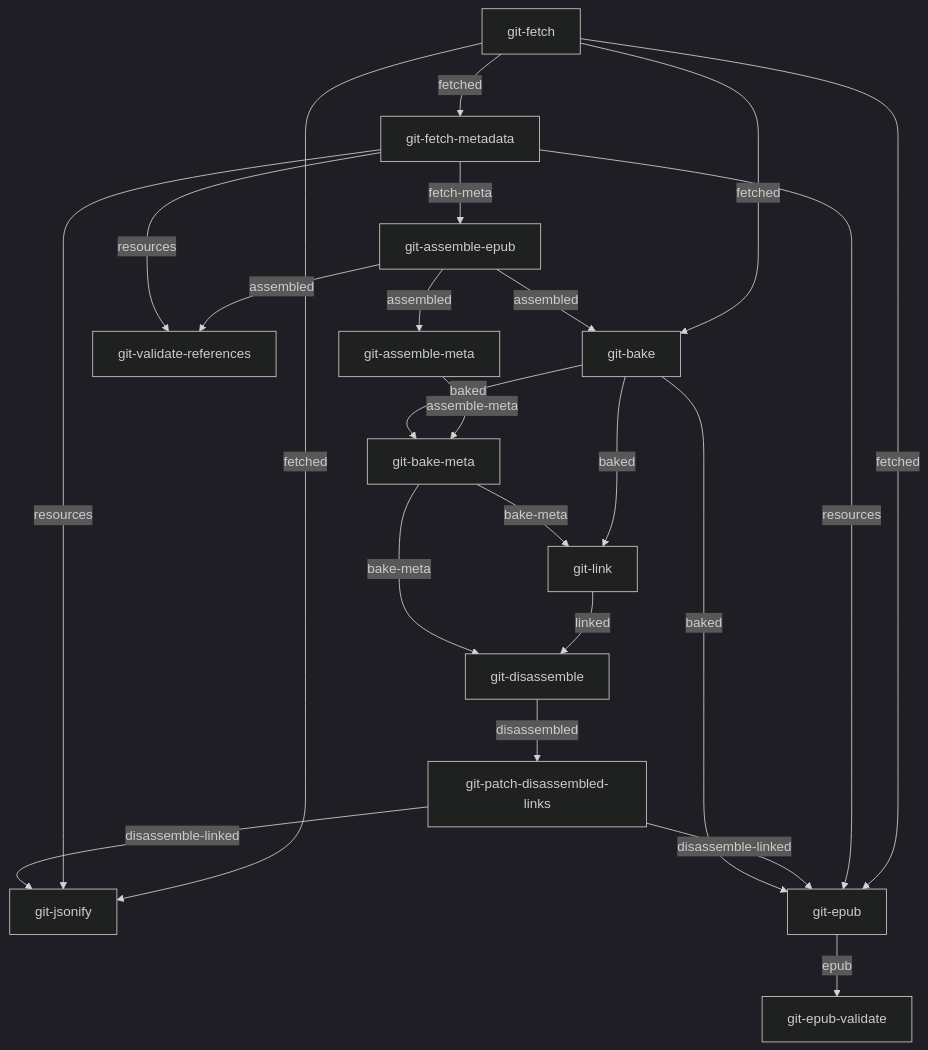
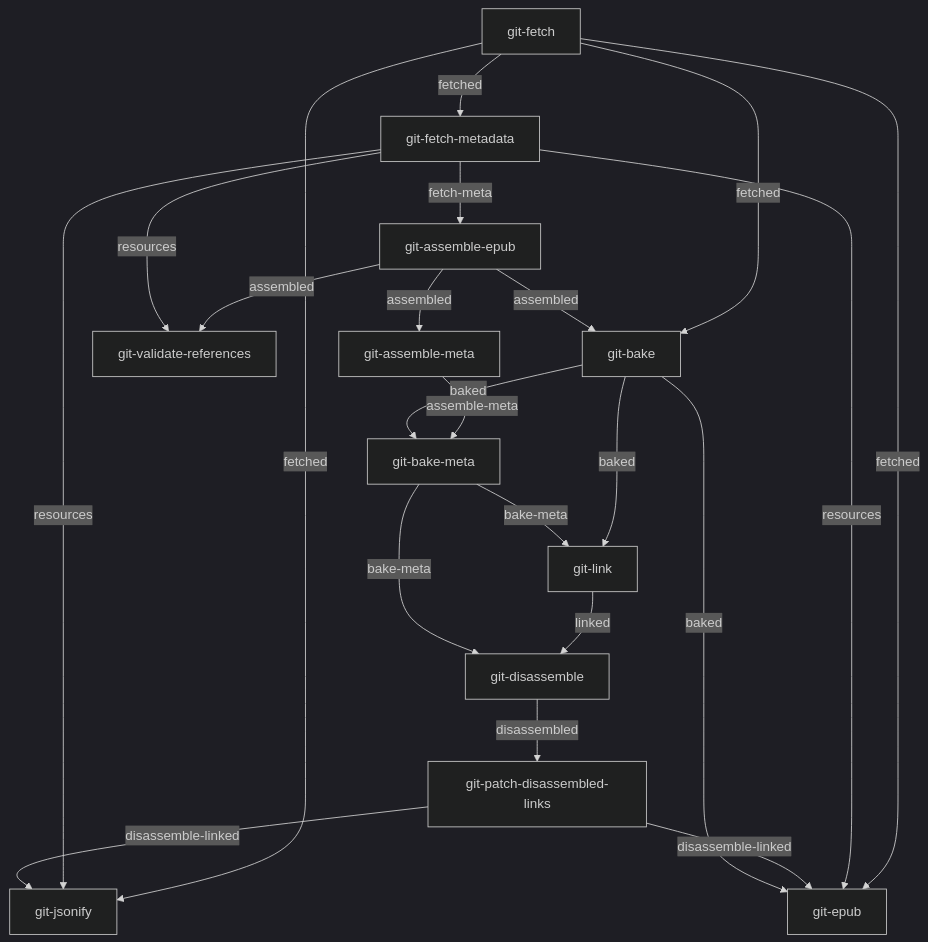
One commit to openstax/enki changed the third of 6 diagrams in build-concourse/graphs/README.md. Above: the diagram before and after it, drawn with Mermaid (dark theme). The commit also changed 2 other files, not shown here.

Commit message:
:skull: temporarily remove EPUB validation

````diff
--- a/build-concourse/graphs/README.md
+++ b/build-concourse/graphs/README.md
@@ -68,25 +68,24 @@
 ```mermaid
 graph TB
     git-fetch -- fetched --> git-fetch-metadata
     git-fetch-metadata -- fetch-meta --> git-assemble-epub
     git-assemble-epub -- assembled --> git-assemble-meta
     git-assemble-epub -- assembled --> git-validate-references
     git-fetch-metadata -- resources --> git-validate-references
     git-fetch -- fetched --> git-bake
     git-assemble-epub -- assembled --> git-bake
     git-assemble-meta -- assemble-meta --> git-bake-meta
     git-bake -- baked --> git-bake-meta
     git-bake -- baked --> git-link
     git-bake-meta -- bake-meta --> git-link
     git-link -- linked --> git-disassemble
     git-bake-meta -- bake-meta --> git-disassemble
     git-disassemble -- disassembled --> git-patch-disassembled-links
     git-fetch -- fetched --> git-jsonify
     git-fetch-metadata -- resources --> git-jsonify
     git-patch-disassembled-links -- disassemble-linked --> git-jsonify
     git-fetch -- fetched --> git-epub
     git-fetch-metadata -- resources --> git-epub
     git-patch-disassembled-links -- disassemble-linked --> git-epub
     git-bake -- baked --> git-epub
-    git-epub -- epub --> git-epub-validate
 ```
````
